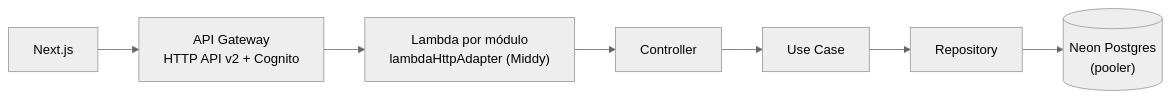
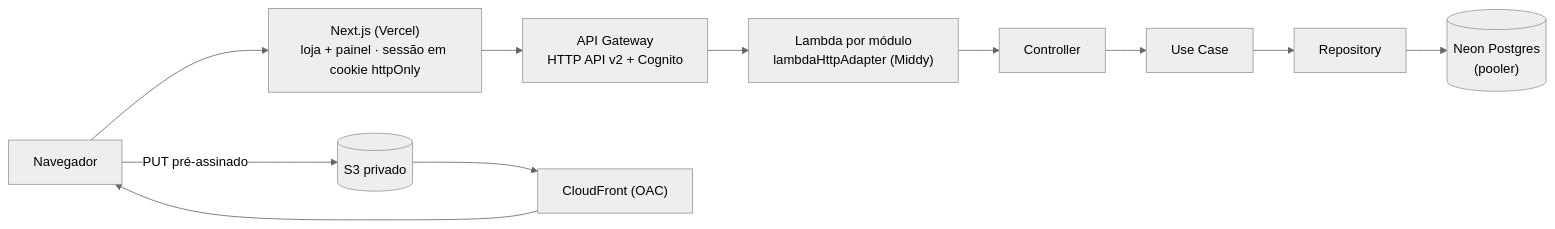
The diagram in README.md (mtdias96/trezzy-store), drawn with Mermaid (neutral theme) before and after one commit. The commit also changed other lines of this file, not shown here.

First line of the commit message:
docs(root): describe the web app, the photo flow and decisions

````diff
--- a/README.md
+++ b/README.md
@@ -22,6 +28,9 @@
 ```mermaid
 flowchart LR
-  web["Next.js"] --> gw["API Gateway<br/>HTTP API v2 + Cognito"]
+  browser["Navegador"] --> next["Next.js (Vercel)<br/>loja + painel · sessão em cookie httpOnly"]
+  next --> gw["API Gateway<br/>HTTP API v2 + Cognito"]
   gw --> fn["Lambda por módulo<br/>lambdaHttpAdapter (Middy)"]
   fn --> c["Controller"] --> uc["Use Case"] --> r["Repository"] --> db[("Neon Postgres<br/>(pooler)")]
+  browser -- "PUT pré-assinado" --> s3[("S3 privado")]
+  s3 --> cdn["CloudFront (OAC)"] --> browser
 ```
````
